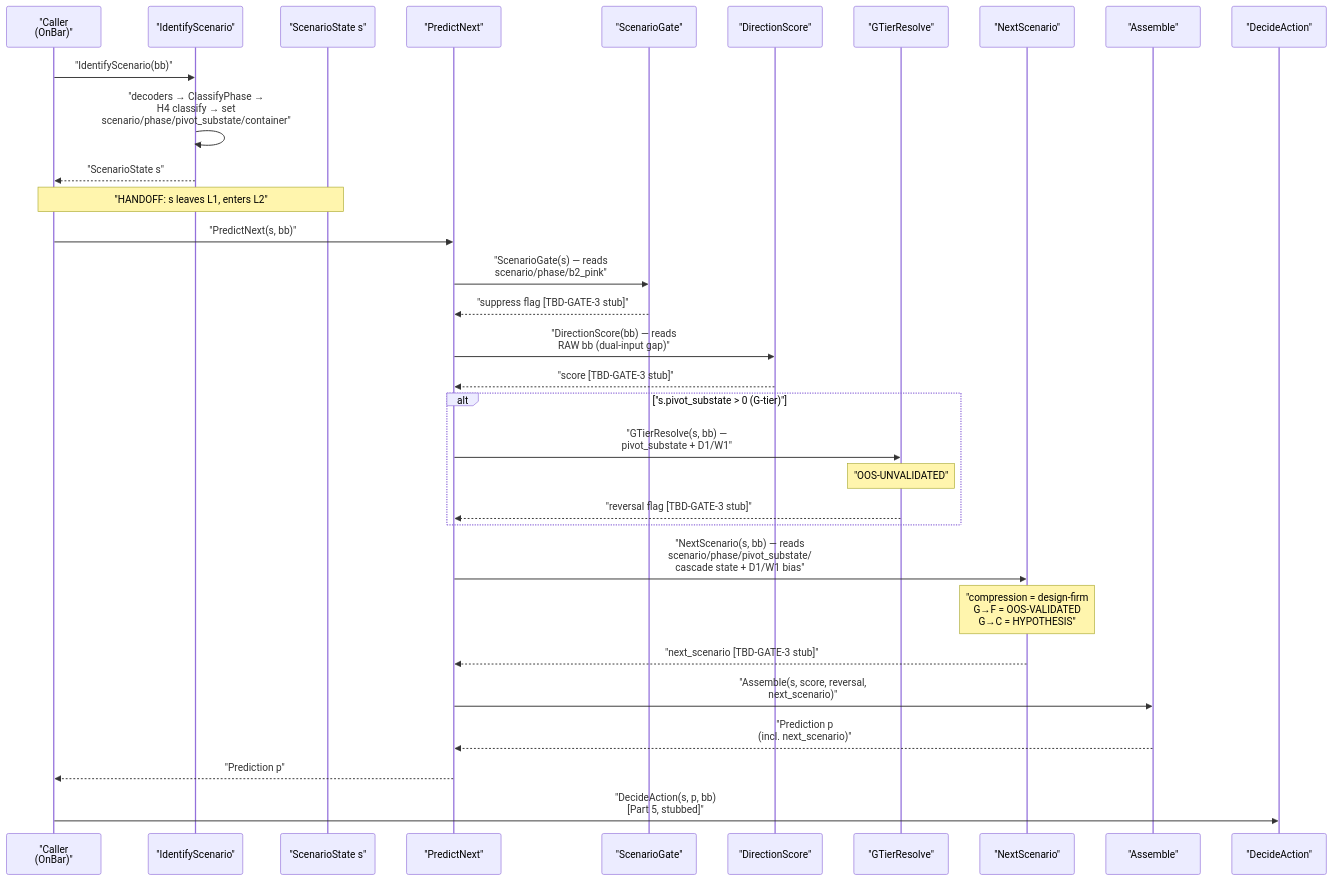
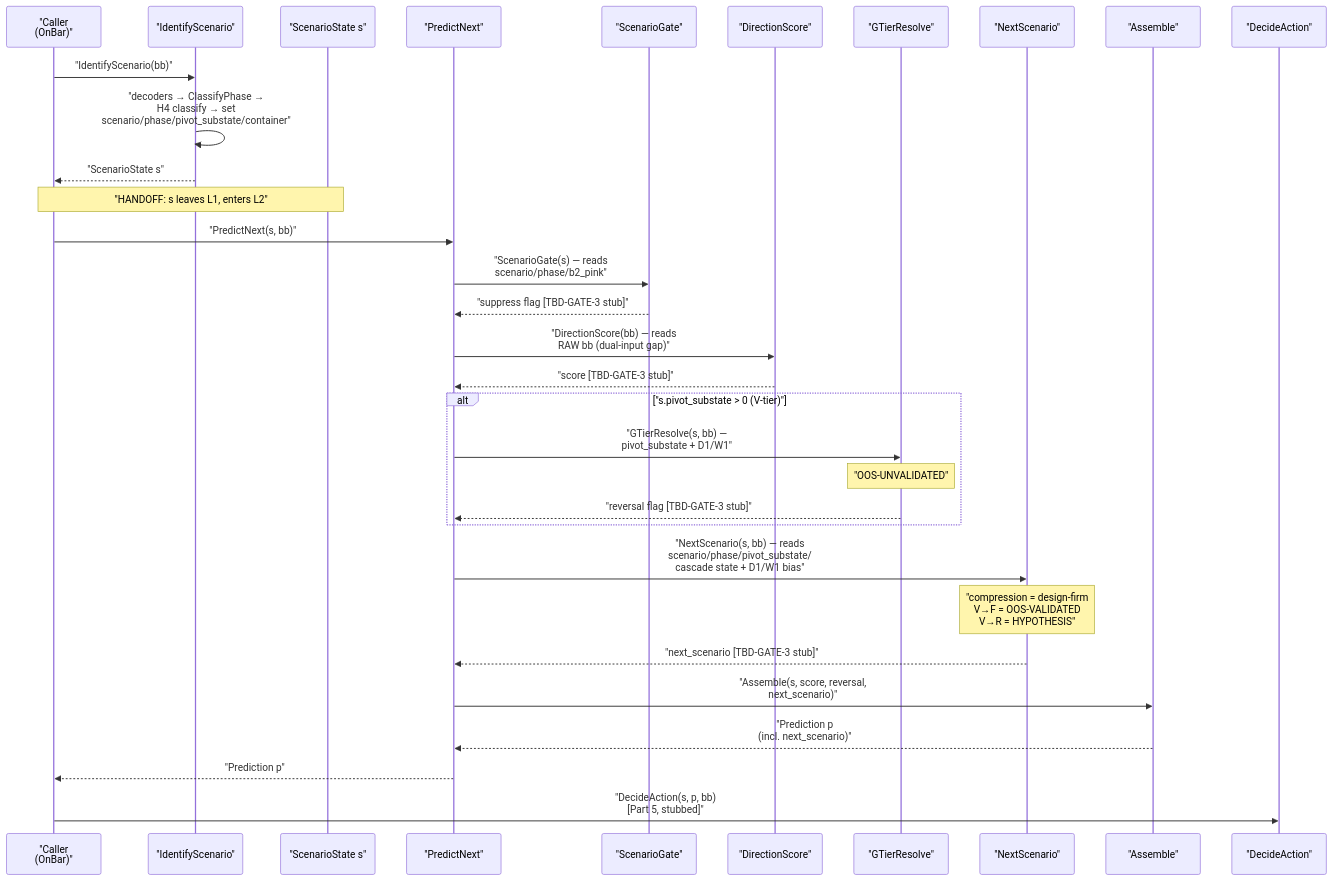
One commit to Terrypang89/BB_MTF_M15_STRATEGY changed the seventh of 19 diagrams in references/ARCHITECTURE.md. Above: the diagram before and after it, drawn with Mermaid. The commit also changed other lines of this file and 12 other files, not shown here.

````diff
--- a/references/ARCHITECTURE.md
+++ b/references/ARCHITECTURE.md
@@ -450,41 +450,41 @@
 ```mermaid
 sequenceDiagram
     participant Caller as "Caller<br/>(OnBar)"
     participant Ident as "IdentifyScenario"
     participant SS as "ScenarioState s"
     participant PNX as "PredictNext"
     participant SG as "ScenarioGate"
     participant DS as "DirectionScore"
     participant GTR as "GTierResolve"
     participant NS as "NextScenario"
     participant ASM as "Assemble"
     participant DecAct as "DecideAction"
 
     Caller->>Ident: "IdentifyScenario(bb)"
     Ident->>Ident: "decoders → ClassifyPhase →<br/>H4 classify → set<br/>scenario/phase/pivot_substate/container"
     Ident-->>Caller: "ScenarioState s"
     Note over Caller,SS: "HANDOFF: s leaves L1, enters L2"
 
     Caller->>PNX: "PredictNext(s, bb)"
     PNX->>SG: "ScenarioGate(s) — reads<br/>scenario/phase/b2_pink"
     SG-->>PNX: "suppress flag [TBD-GATE-3 stub]"
 
     PNX->>DS: "DirectionScore(bb) — reads<br/>RAW bb (dual-input gap)"
     DS-->>PNX: "score [TBD-GATE-3 stub]"
 
-    alt "s.pivot_substate > 0 (G-tier)"
+    alt "s.pivot_substate > 0 (V-tier)"
         PNX->>GTR: "GTierResolve(s, bb) —<br/>pivot_substate + D1/W1"
         note over GTR : "OOS-UNVALIDATED"
         GTR-->>PNX: "reversal flag [TBD-GATE-3 stub]"
     end
 
     PNX->>NS: "NextScenario(s, bb) — reads<br/>scenario/phase/pivot_substate/<br/>cascade state + D1/W1 bias"
-    note over NS : "compression = design-firm<br/>G→F = OOS-VALIDATED<br/>G→C = HYPOTHESIS"
+    note over NS : "compression = design-firm<br/>V→F = OOS-VALIDATED<br/>V→R = HYPOTHESIS"
     NS-->>PNX: "next_scenario [TBD-GATE-3 stub]"
 
     PNX->>ASM: "Assemble(s, score, reversal,<br/>next_scenario)"
     ASM-->>PNX: "Prediction p<br/>(incl. next_scenario)"
     PNX-->>Caller: "Prediction p"
 
     Caller->>DecAct: "DecideAction(s, p, bb)<br/>[Part 5, stubbed]"
 ```
````
